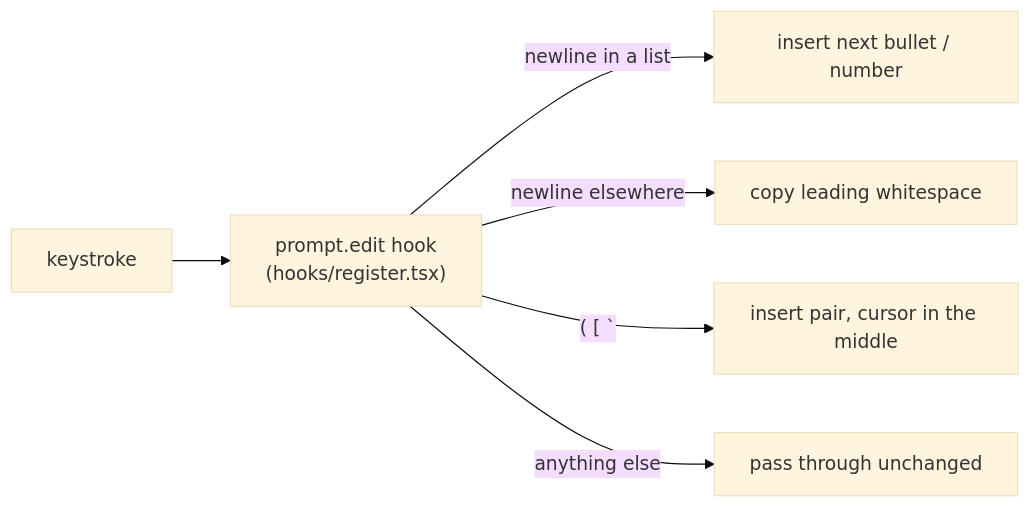
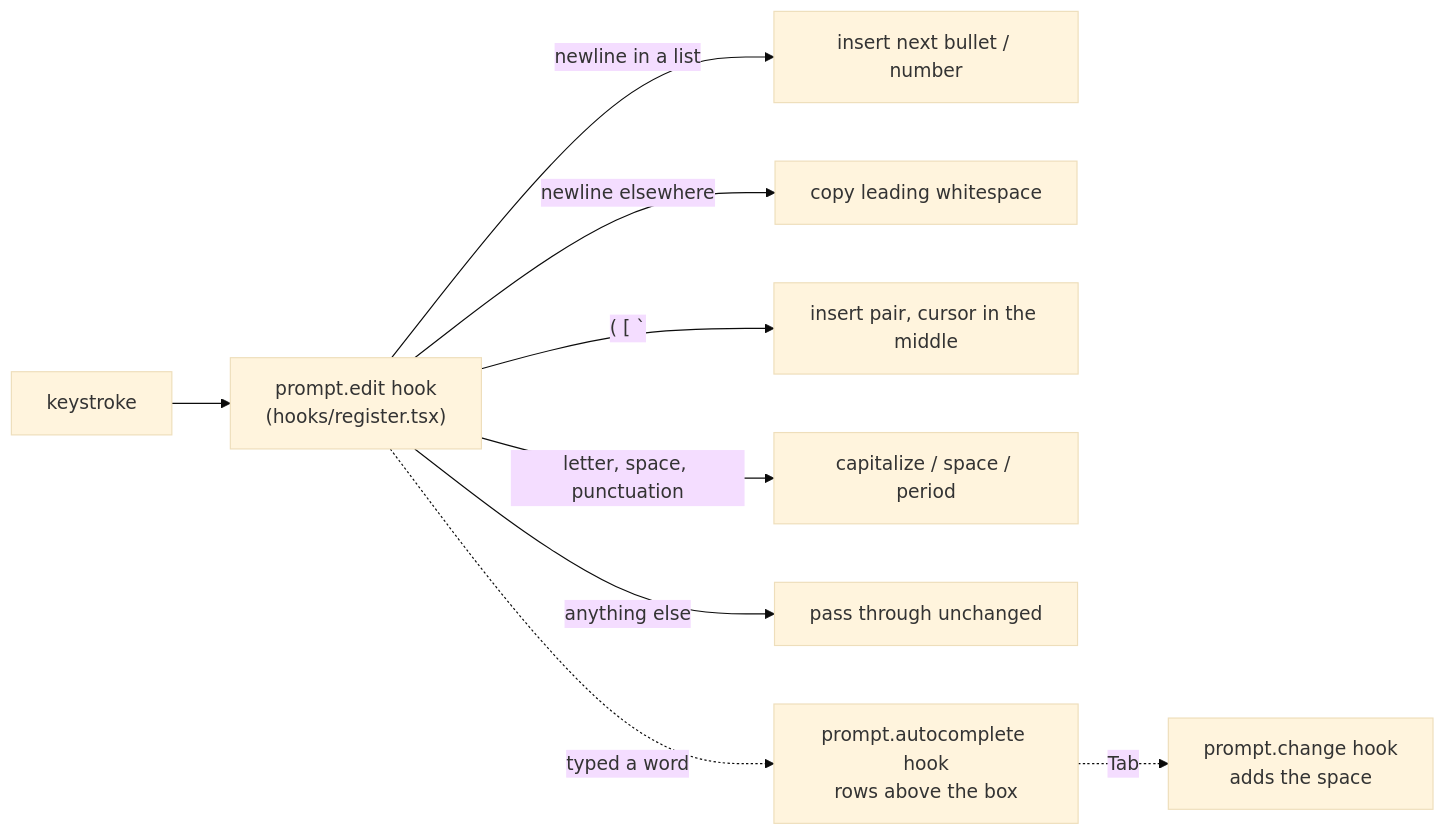
The diagram in README.md (PrathapChronus/rich-prompt), drawn with Mermaid (base theme) before and after one commit. The commit also changed other lines of this file and 5 other files, not shown here.

````diff
--- a/README.md
+++ b/README.md
@@ -100,8 +131,11 @@
 ```mermaid
 flowchart LR
   K[keystroke] --> H["prompt.edit hook<br/>(hooks/register.tsx)"]
   H -->|newline in a list| L[insert next bullet / number]
   H -->|newline elsewhere| I[copy leading whitespace]
   H -->|"( [ `"| P[insert pair, cursor in the middle]
+  H -->|letter, space, punctuation| S[capitalize / space / period]
   H -->|anything else| N[pass through unchanged]
+  H -.->|typed a word| A["prompt.autocomplete hook<br/>rows above the box"]
+  A -.->|Tab| T["prompt.change hook<br/>adds the space"]
 ```
````
